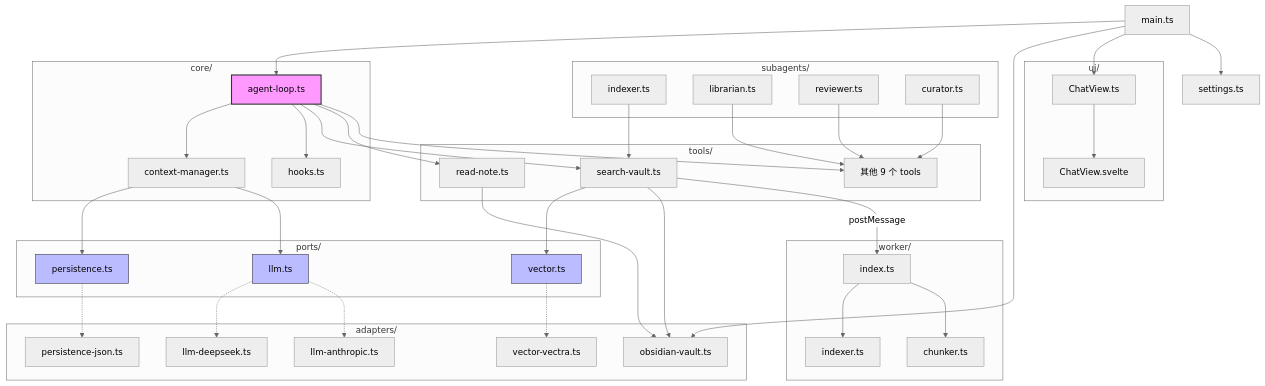
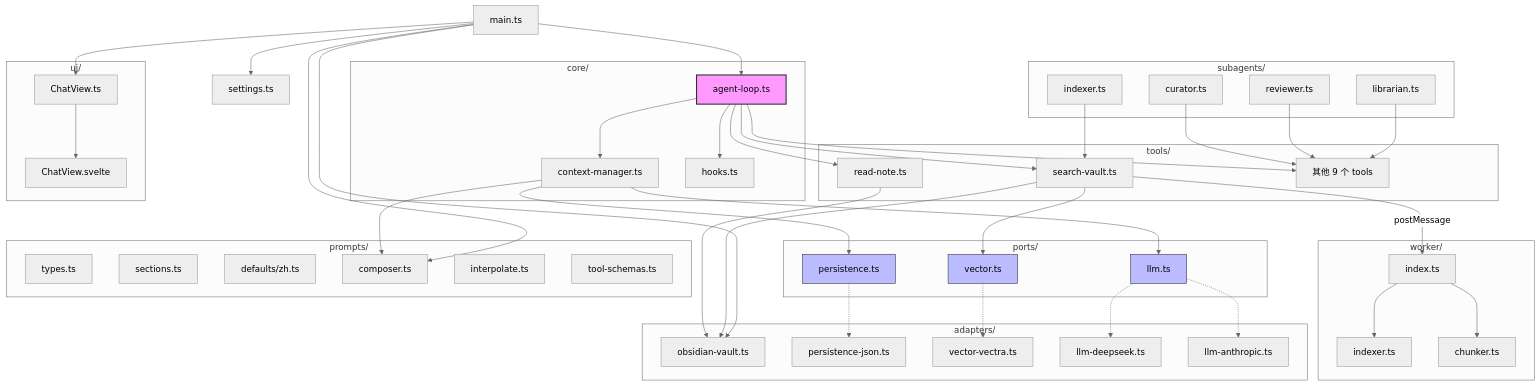
Before and after one commit to golddream-y/obsidian-ratel: the fifth of 12 diagrams in docs/ARCHITECTURE.md, drawn with Mermaid (neutral theme). The commit also changed other lines of this file and 39 other files, not shown here.

```diff
--- a/docs/ARCHITECTURE.md
+++ b/docs/ARCHITECTURE.md
@@ -398,10 +407,20 @@
         WK3["chunker.ts"]
     end
 
+    subgraph "prompts/"
+        PMT["types.ts"]
+        PMS["sections.ts"]
+        PMD["defaults/zh.ts"]
+        PMC["composer.ts"]
+        PMI["interpolate.ts"]
+        PMK["tool-schemas.ts"]
+    end
+
     Main --> AL
     Main --> AOV
     Main --> UI2
     Main --> Settings
+    Main --> PMC
 
     AL --> CM
     AL --> HK
@@ -411,6 +430,7 @@
 
     CM --> PP
     CM --> PL
+    CM --> PMC
 
     T1 --> PV
     T1 --> AOV
```
